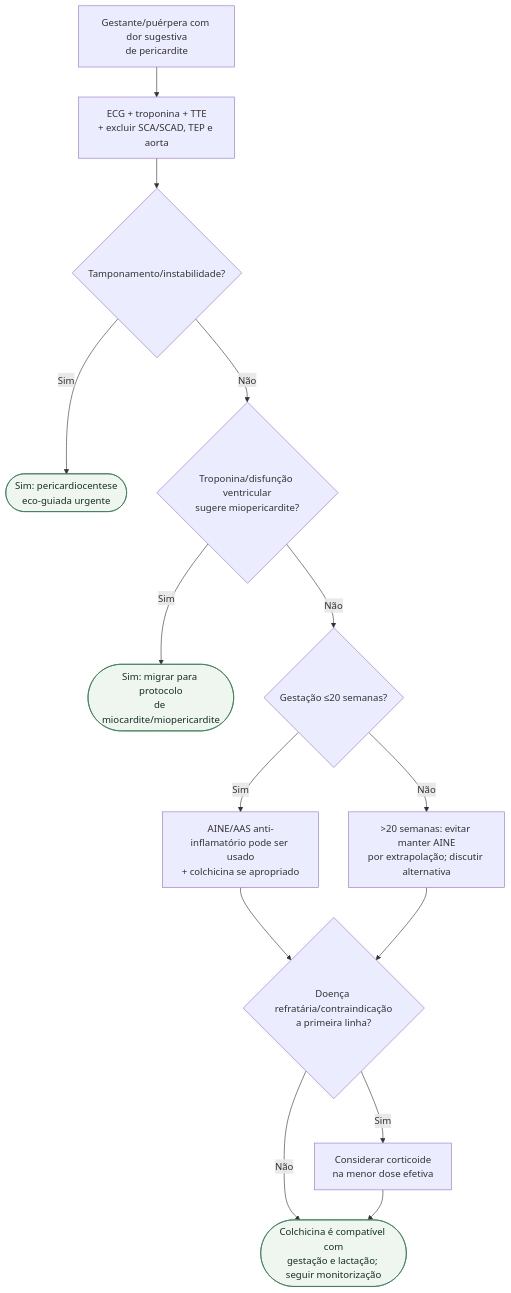
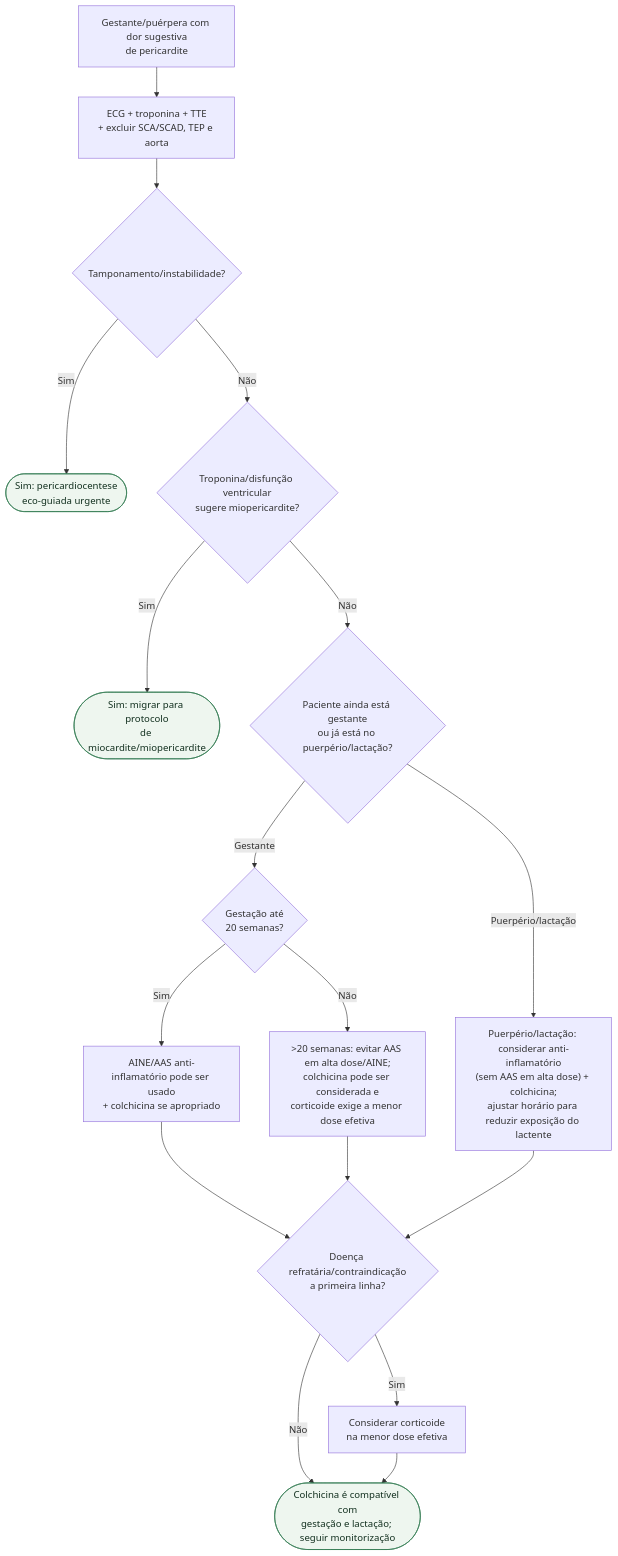
One commit to rafaelpaesmeirelles/MeuCardio changed the diagram in content/Gravidez/fluxograma-pericardite-aguda-na-gestacao-e-puerperio.md. Above: the diagram before and after it, drawn with Mermaid. The commit also changed other lines of this file and 22 other files, not shown here.

````diff
--- a/content/Gravidez/fluxograma-pericardite-aguda-na-gestacao-e-puerperio.md
+++ b/content/Gravidez/fluxograma-pericardite-aguda-na-gestacao-e-puerperio.md
@@ -13,32 +14,37 @@
 ```mermaid
 flowchart TD
   R0["Gestante/puérpera com dor sugestiva<br/>de pericardite"]
   P1["ECG + troponina + TTE<br/>+ excluir SCA/SCAD, TEP e aorta"]
   D1{"Tamponamento/instabilidade?"}
   C1(["Sim: pericardiocentese<br/>eco-guiada urgente"])
   D2{"Troponina/disfunção ventricular<br/>sugere miopericardite?"}
   C2(["Sim: migrar para protocolo<br/>de miocardite/miopericardite"])
-  D3{"Gestação ≤20 semanas?"}
+  D3{"Paciente ainda está gestante<br/>ou já está no puerpério/lactação?"}
+  D5{"Gestação até<br/>20 semanas?"}
   P2["AINE/AAS anti-inflamatório pode ser usado<br/>+ colchicina se apropriado"]
-  P3[">20 semanas: evitar manter AINE<br/>por extrapolação; discutir alternativa"]
+  P3[">20 semanas: evitar AAS em alta dose/AINE;<br/>colchicina pode ser considerada e<br/>corticoide exige a menor dose efetiva"]
+  P5["Puerpério/lactação: considerar anti-inflamatório<br/>(sem AAS em alta dose) + colchicina;<br/>ajustar horário para reduzir exposição do lactente"]
   D4{"Doença refratária/contraindicação<br/>a primeira linha?"}
   P4["Considerar corticoide<br/>na menor dose efetiva"]
   C3(["Colchicina é compatível com<br/>gestação e lactação; seguir monitorização"])
 
   R0 --> P1
   P1 --> D1
   D1 -->|"Sim"| C1
   D1 -->|"Não"| D2
   D2 -->|"Sim"| C2
   D2 -->|"Não"| D3
-  D3 -->|"Sim"| P2
-  D3 -->|"Não"| P3
+  D3 -->|"Gestante"| D5
+  D3 -->|"Puerpério/lactação"| P5
+  D5 -->|"Sim"| P2
+  D5 -->|"Não"| P3
   P2 --> D4
   P3 --> D4
+  P5 --> D4
   D4 -->|"Sim"| P4
   D4 -->|"Não"| C3
   P4 --> C3
 
   classDef conduta fill:#eef6ef,stroke:#2f7a4f,color:#12301f;
   class C1,C2,C3 conduta;
 ```
````
